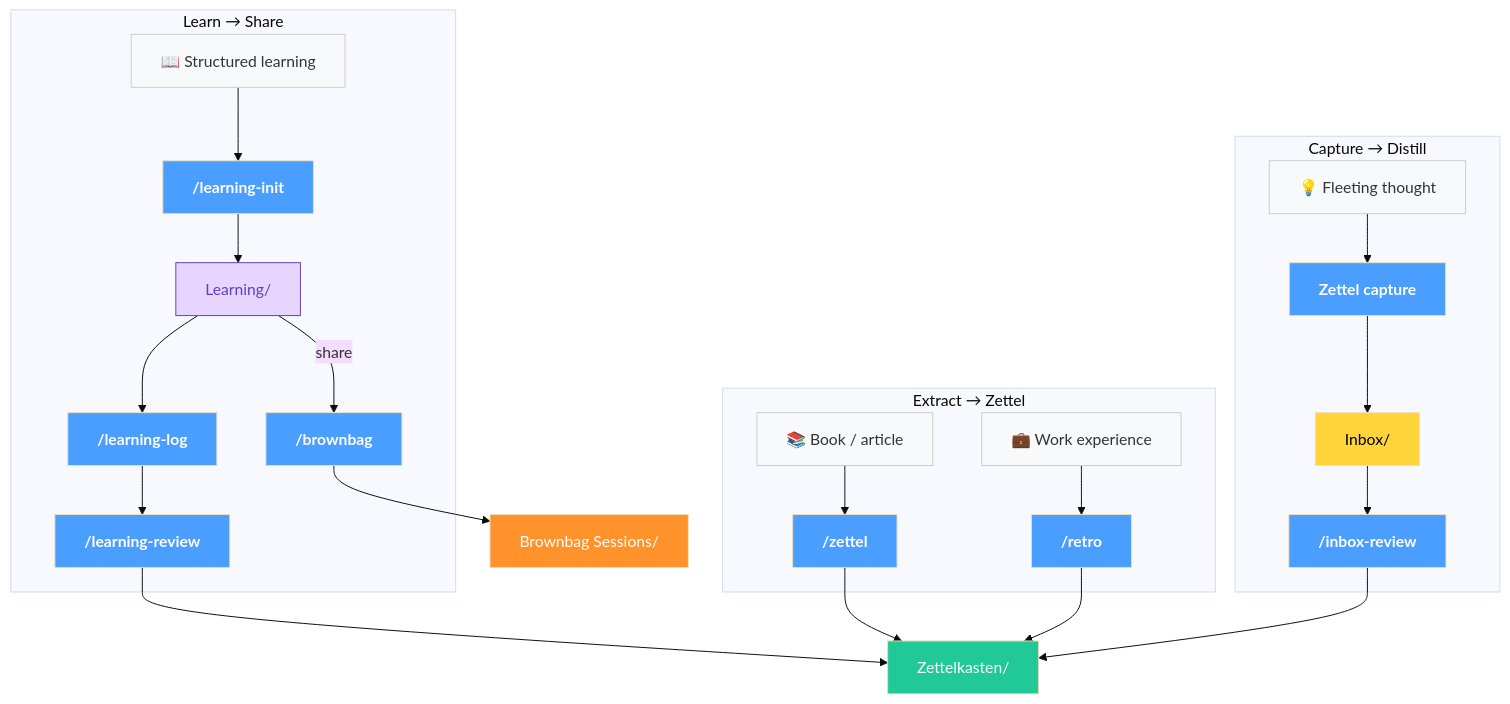
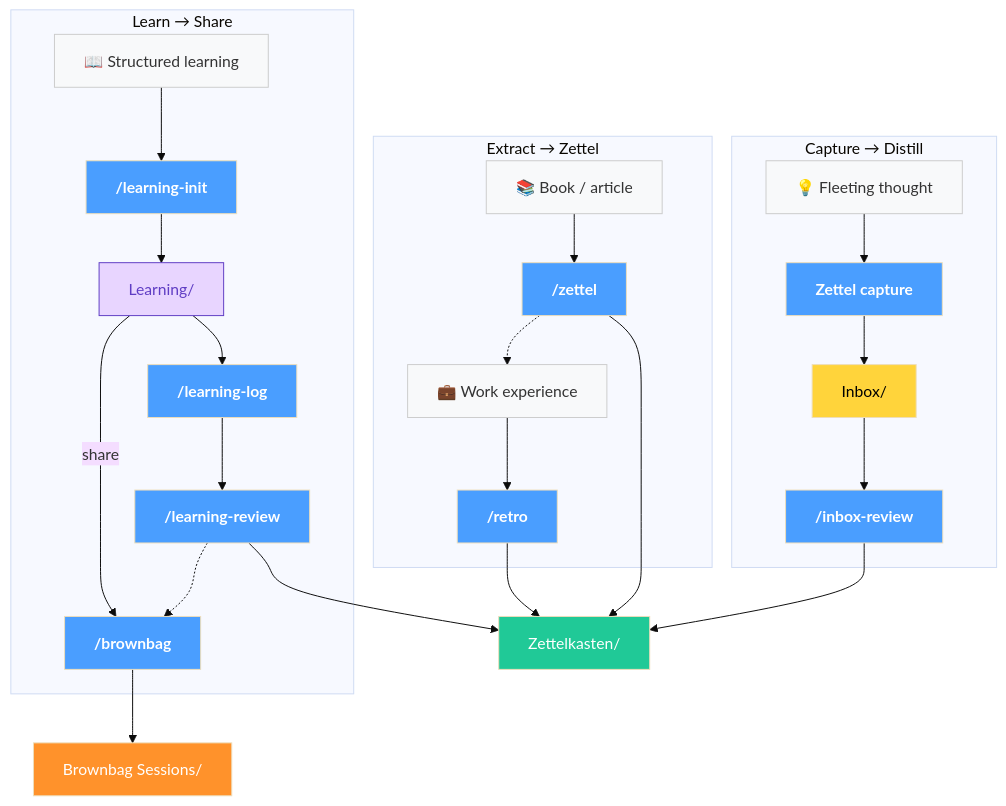
The third of 4 diagrams in README.md (yepengfan/obsidian-workflow), drawn with Mermaid (base theme) before and after one commit.

Commit message:
Force vertical chains inside Knowledge Flow subgraphs
Stack nodes vertically within Extract and Learn subgraphs
to prevent horizontal expansion from parallel paths.

````diff
--- a/README.md
+++ b/README.md
@@ -106,34 +106,37 @@
 ```mermaid
 flowchart TD
     classDef cmd fill:#4a9eff,color:#fff,font-weight:bold
     classDef store fill:#20c997,color:#fff
     classDef inbox fill:#ffd43b,color:#000
     classDef source fill:#f8f9fa,color:#333,stroke:#ccc
     classDef plan fill:#e8d5ff,color:#5f3dc4,stroke:#5f3dc4
     classDef output fill:#ff922b,color:#fff
 
     subgraph capture ["Capture → Distill"]
         THOUGHT["💡 Fleeting thought"]:::source
         THOUGHT --> BTN["Zettel capture"]:::cmd
         BTN --> INBOX["Inbox/"]:::inbox
         INBOX --> IR["/inbox-review"]:::cmd
     end
 
     subgraph extract ["Extract → Zettel"]
         BOOK["📚 Book / article"]:::source --> ZT["/zettel"]:::cmd
-        WORK_EXP["💼 Work experience"]:::source --> RT["/retro"]:::cmd
+        ZT -.-> WORK_EXP["💼 Work experience"]:::source
+        WORK_EXP --> RT["/retro"]:::cmd
     end
 
     subgraph learn ["Learn → Share"]
         COURSE["📖 Structured learning"]:::source --> LI["/learning-init"]:::cmd
         LI --> PLAN["Learning/"]:::plan
-        PLAN --> LL["/learning-log"]:::cmd --> LR["/learning-review"]:::cmd
-        PLAN -->|share| BB["/brownbag"]:::cmd
+        PLAN --> LL["/learning-log"]:::cmd
+        LL --> LR["/learning-review"]:::cmd
+        LR -.-> BB["/brownbag"]:::cmd
     end
 
     IR --> ZK["Zettelkasten/"]:::store
     ZT --> ZK
     RT --> ZK
     LR --> ZK
+    PLAN -->|share| BB
     BB --> BBS["Brownbag Sessions/"]:::output
 ```
````
